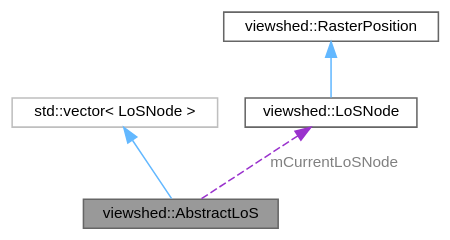
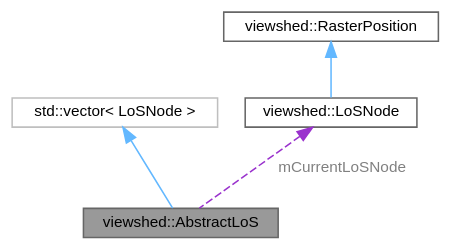
Before and after one commit to JanCaha/cpp-viewshed-library: the diagram in classviewshed_1_1AbstractLoS__coll__graph.dot, drawn with Graphviz. The commit also changed 432 other files, not shown here.

```diff
--- a/classviewshed_1_1AbstractLoS__coll__graph.dot
+++ b/classviewshed_1_1AbstractLoS__coll__graph.dot
@@ -1,14 +1,15 @@
 digraph "viewshed::AbstractLoS"
 {
  // LATEX_PDF_SIZE
   bgcolor="transparent";
   edge [fontname=Helvetica,fontsize=10,labelfontname=Helvetica,labelfontsize=10];
   node [fontname=Helvetica,fontsize=10,shape=box,height=0.2,width=0.4];
   Node1 [id="Node000001",label="viewshed::AbstractLoS",height=0.2,width=0.4,color="gray40", fillcolor="grey60", style="filled", fontcolor="black",tooltip="Abstract class that represent line-of-sight (LoS). Consists of LoSNodes, view point and target point ..."];
   Node2 -> Node1 [id="edge1_Node000001_Node000002",dir="back",color="steelblue1",style="solid",tooltip=" "];
   Node2 [id="Node000002",label="std::vector\< LoSNode \>",height=0.2,width=0.4,color="grey75", fillcolor="white", style="filled",tooltip=" "];
-  Node3 -> Node1 [id="edge2_Node000001_Node000003",dir="back",color="darkorchid3",style="dashed",tooltip=" ",label=" mCurrentLoSNode",fontcolor="grey" ];
+  Node3 -> Node1 [id="edge2_Node000001_Node000003",dir="back",color="darkorchid3",style="dashed",tooltip=" ",label=<<TABLE CELLBORDER="0" BORDER="0"><TR><TD VALIGN="top" ALIGN="LEFT" CELLPADDING="1" CELLSPACING="0">mCurrentLoSNode</TD></TR>
+</TABLE>> ,fontcolor="grey" ];
   Node3 [id="Node000003",label="viewshed::LoSNode",height=0.2,width=0.4,color="gray40", fillcolor="white", style="filled",URL="$classviewshed_1_1LoSNode.html",tooltip="Representation of single cell that creates a point on LoS."];
   Node4 -> Node3 [id="edge3_Node000003_Node000004",dir="back",color="steelblue1",style="solid",tooltip=" "];
   Node4 [id="Node000004",label="viewshed::RasterPosition",height=0.2,width=0.4,color="gray40", fillcolor="white", style="filled",URL="$classviewshed_1_1RasterPosition.html",tooltip="Class to represent position on raster in term of row and column."];
 }
```
